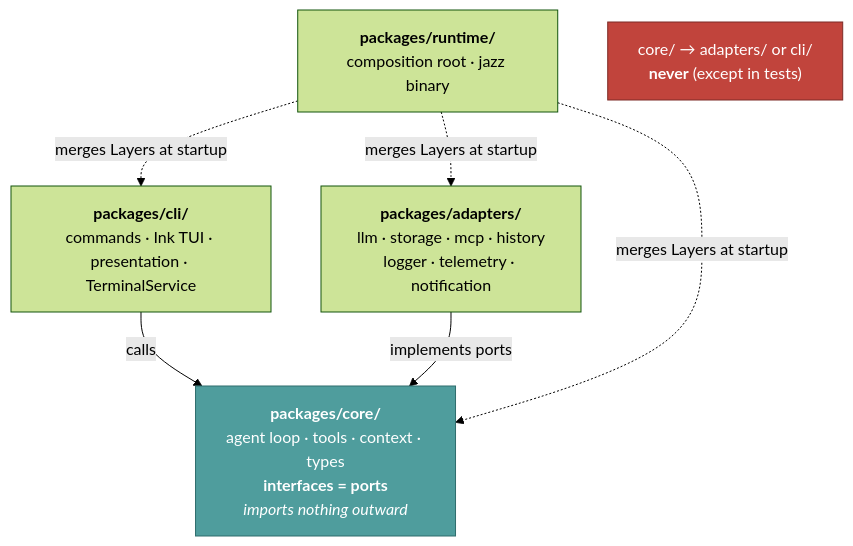
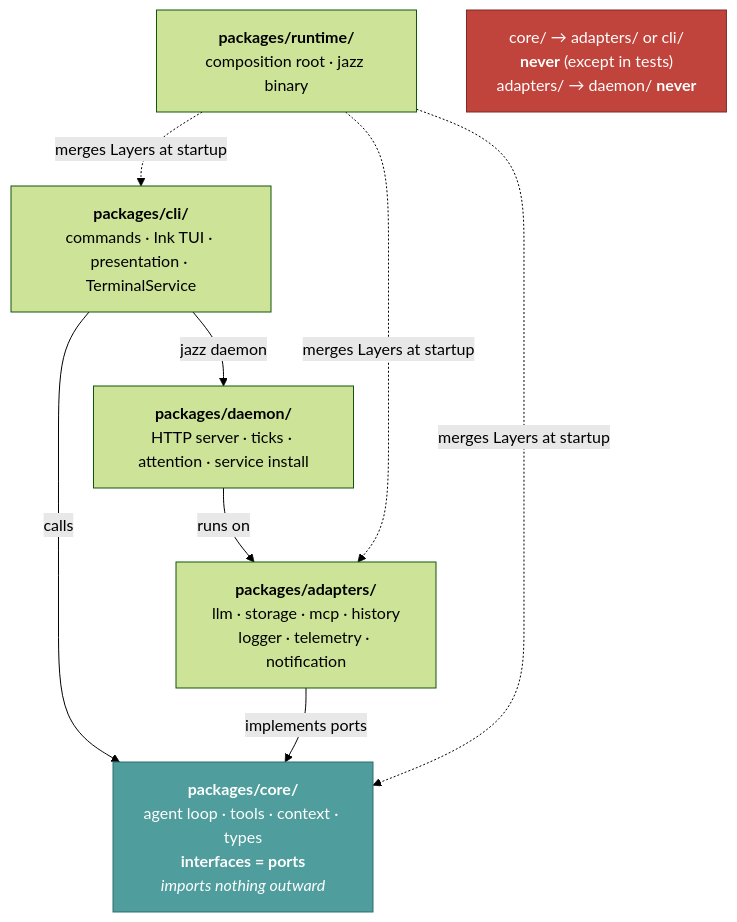
One commit to lvndry/jazz changed the first of 2 diagrams in docs/maintainers/architecture.md. Above: the diagram before and after it, drawn with Mermaid (forest theme). The commit also changed other lines of this file and 99 other files, not shown here.

````diff
--- a/docs/maintainers/architecture.md
+++ b/docs/maintainers/architecture.md
@@ -41,20 +46,23 @@
 ```mermaid
 flowchart TB
     CLI["<b>packages/cli/</b><br/>commands · Ink TUI · presentation · TerminalService"]
     CORE["<b>packages/core/</b><br/>agent loop · tools · context · types<br/><b>interfaces = ports</b><br/><i>imports nothing outward</i>"]
     ADP["<b>packages/adapters/</b><br/>llm · storage · mcp · history<br/>logger · telemetry · notification"]
+    DMN["<b>packages/daemon/</b><br/>HTTP server · ticks · attention · service install"]
     RT["<b>packages/runtime/</b><br/>composition root · jazz binary"]
 
     CLI -->|"calls"| CORE
     ADP -->|"implements ports"| CORE
+    DMN -->|"runs on"| ADP
+    CLI -->|"jazz daemon"| DMN
     RT -.->|"merges Layers at startup"| CLI
     RT -.->|"merges Layers at startup"| ADP
     RT -.->|"merges Layers at startup"| CORE
 
-    NO["core/ → adapters/ or cli/<br/><b>never</b> (except in tests)"]
+    NO["core/ → adapters/ or cli/<br/><b>never</b> (except in tests)<br/>adapters/ → daemon/ <b>never</b>"]
 
     classDef core fill:#4f9d9d,stroke:#2f6d6d,color:#ffffff
     classDef forbidden fill:#c1443c,stroke:#7d2b26,color:#ffffff
     class CORE core
     class NO forbidden
 ```
````
